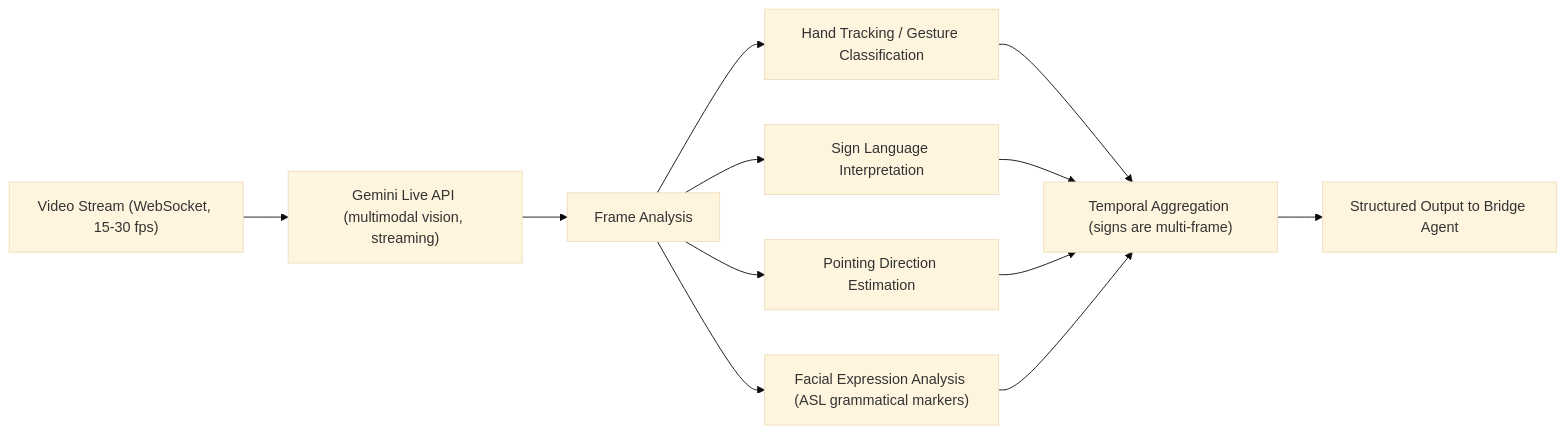
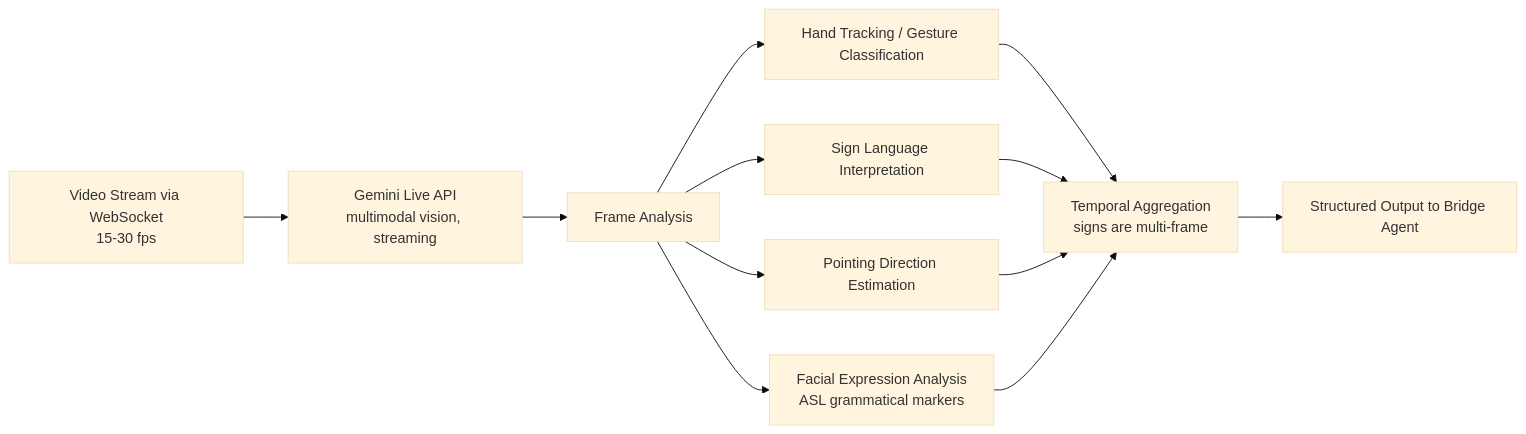
One commit to IndarKarhana/gemini-codebridge changed the fourth of 13 diagrams in docs/ARCHITECTURE.md. Above: the diagram before and after it, drawn with Mermaid (base theme). The commit also changed other lines of this file and 5 other files, not shown here.

First line of the commit message:
fix: repair mermaid diagrams and remove .cursor directory

````diff
--- a/docs/ARCHITECTURE.md
+++ b/docs/ARCHITECTURE.md
@@ -317,11 +317,11 @@
 ```mermaid
 flowchart LR
-    A["Video Stream (WebSocket, 15-30 fps)"] --> B["Gemini Live API (multimodal vision, streaming)"]
+    A["Video Stream via WebSocket<br/>15-30 fps"] --> B["Gemini Live API<br/>multimodal vision, streaming"]
     B --> C["Frame Analysis"]
     C --> C1["Hand Tracking / Gesture Classification"]
     C --> C2["Sign Language Interpretation"]
     C --> C3["Pointing Direction Estimation"]
-    C --> C4["Facial Expression Analysis (ASL grammatical markers)"]
-    C1 & C2 & C3 & C4 --> D["Temporal Aggregation (signs are multi-frame)"]
+    C --> C4["Facial Expression Analysis<br/>ASL grammatical markers"]
+    C1 & C2 & C3 & C4 --> D["Temporal Aggregation<br/>signs are multi-frame"]
     D --> E["Structured Output to Bridge Agent"]
 ```
````
